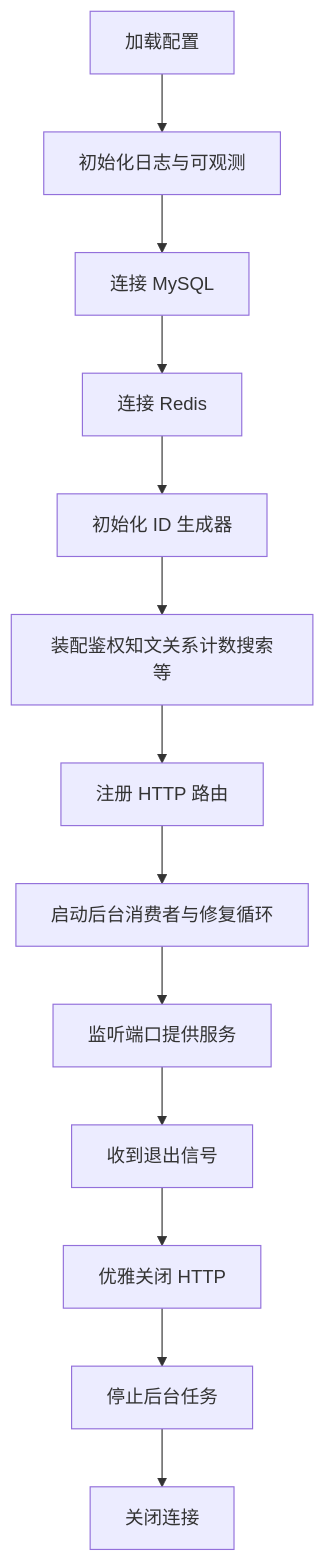
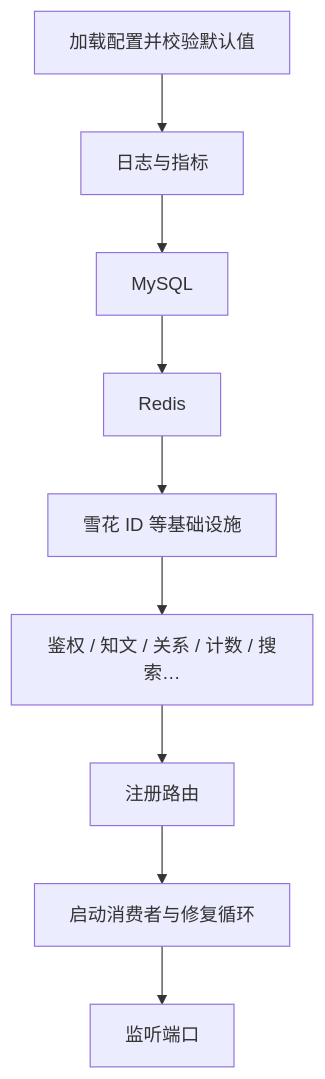
One commit to bitladykiller/zhiguang_go changed the first of 2 diagrams in docs/modules/01-启动装配与生命周期.md. Above: the diagram before and after it, drawn with Mermaid. The commit also changed other lines of this file and 13 other files, not shown here.

````diff
--- a/docs/modules/01-启动装配与生命周期.md
+++ b/docs/modules/01-启动装配与生命周期.md
@@ -293,15 +18,11 @@
 ```mermaid
 flowchart TD
-    A[加载配置] --> B[初始化日志与可观测]
-    B --> C[连接 MySQL]
-    C --> D[连接 Redis]
-    D --> E[初始化 ID 生成器]
-    E --> F[装配鉴权知文关系计数搜索等]
-    F --> G[注册 HTTP 路由]
-    G --> H[启动后台消费者与修复循环]
-    H --> I[监听端口提供服务]
-    I --> J[收到退出信号]
-    J --> K[优雅关闭 HTTP]
-    K --> L[停止后台任务]
-    L --> M[关闭连接]
+    A[加载配置并校验默认值] --> B[日志与指标]
+    B --> C[MySQL]
+    C --> D[Redis]
+    D --> E[雪花 ID 等基础设施]
+    E --> F[鉴权 / 知文 / 关系 / 计数 / 搜索…]
+    F --> G[注册路由]
+    G --> H[启动消费者与修复循环]
+    H --> I[监听端口]
 ```
````
